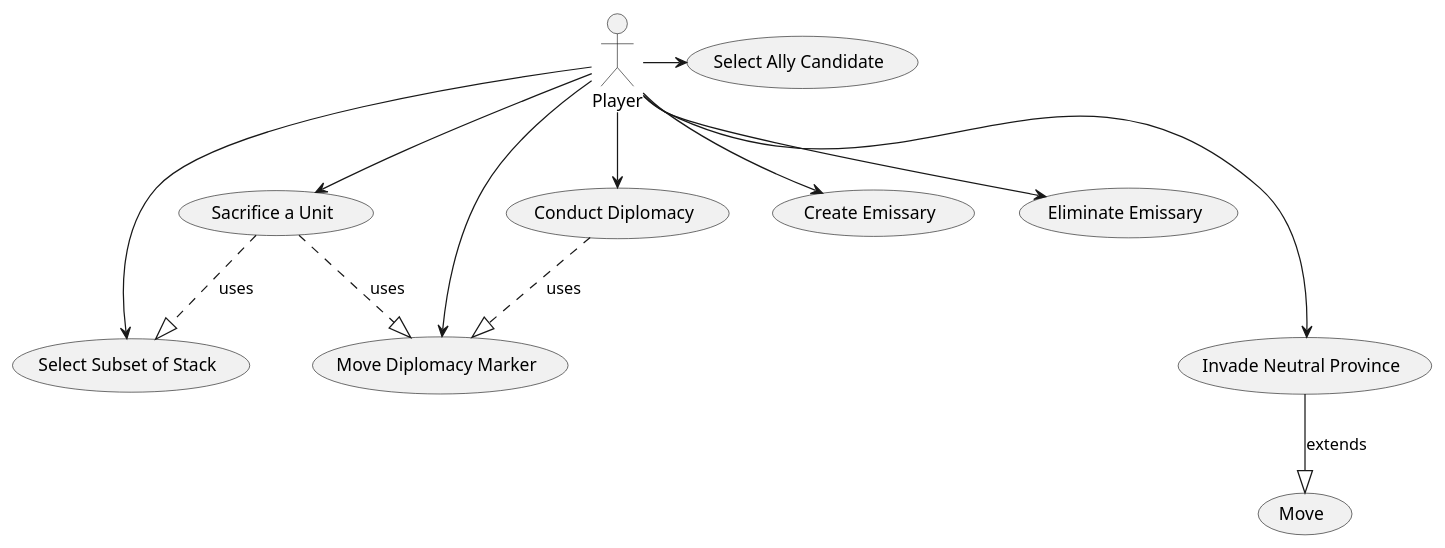
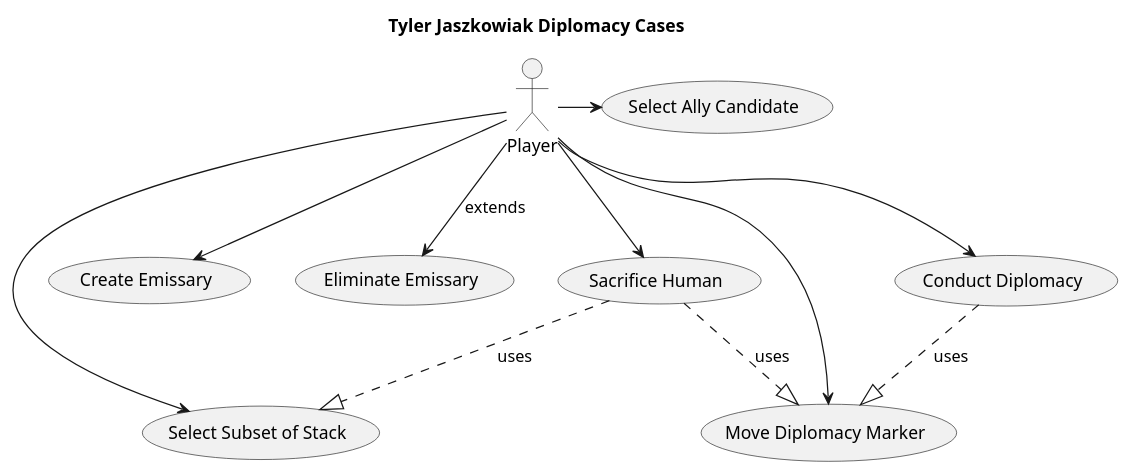
The diagram in jasz_diagrams/use_cases_diplomacy.pu (clif7786/hw2_a), drawn with PlantUML before and after one commit. The commit also changed 8 other files, not shown here.

```diff
--- a/jasz_diagrams/use_cases_diplomacy.pu
+++ b/jasz_diagrams/use_cases_diplomacy.pu
@@ -1,21 +1,22 @@
 @startuml
+
+title Tyler Jaszkowiak Diplomacy Cases
+
 actor Player
 
 
 Player ->    (Select Subset of Stack)
 
 
 Player ->      (Select Ally Candidate)
 Player -->     (Create Emissary)
-Player -->     (Eliminate Emissary)
-Player --->    (Invade Neutral Province)
-(Invade Neutral Province) --|> (Move) :extends
+Player -->     (Eliminate Emissary):extends
 Player --->    (Move Diplomacy Marker)
 Player -->     (Conduct Diplomacy)
-Player -->     (Sacrifice a Unit)
-(Sacrifice a Unit) ..|>  (Select Subset of Stack) :uses
+Player -->     (Sacrifice Human)
+(Sacrifice Human) ..|>  (Select Subset of Stack) :uses
 (Conduct Diplomacy) ..|> (Move Diplomacy Marker) :uses
-(Sacrifice a Unit)  ..|> (Move Diplomacy Marker) :uses
+(Sacrifice Human)  ..|> (Move Diplomacy Marker) :uses
 
 
 @enduml
```
